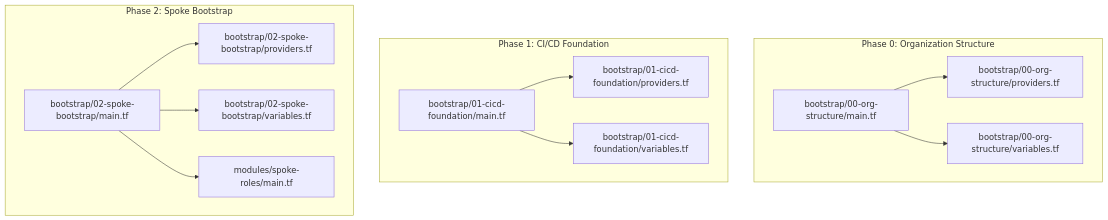
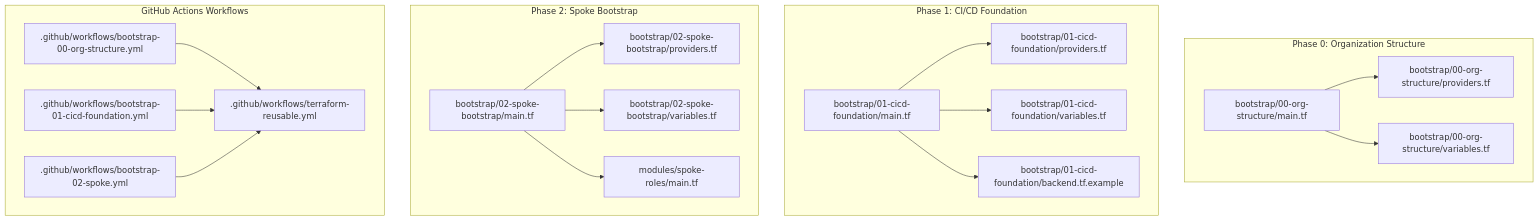
One commit to AlibabaCloudLandingZone/alibabacloud-landingzone-accelerator-github-demo changed the first of 5 diagrams in .qoder/repowiki/en/content/Bootstrap Infrastructure/Bootstrap Infrastructure.md. Above: the diagram before and after it, drawn with Mermaid. The commit also changed other lines of this file and 104 other files, not shown here.

````diff
--- a/.qoder/repowiki/en/content/Bootstrap Infrastructure/Bootstrap Infrastructure.md
+++ b/.qoder/repowiki/en/content/Bootstrap Infrastructure/Bootstrap Infrastructure.md
@@ -45,26 +54,37 @@
 ```mermaid
 graph TB
 subgraph "Phase 0: Organization Structure"
 P0Main["bootstrap/00-org-structure/main.tf"]
 P0Prov["bootstrap/00-org-structure/providers.tf"]
 P0Vars["bootstrap/00-org-structure/variables.tf"]
 end
 subgraph "Phase 1: CI/CD Foundation"
 P1Main["bootstrap/01-cicd-foundation/main.tf"]
 P1Prov["bootstrap/01-cicd-foundation/providers.tf"]
 P1Vars["bootstrap/01-cicd-foundation/variables.tf"]
+P1Backend["bootstrap/01-cicd-foundation/backend.tf.example"]
 end
 subgraph "Phase 2: Spoke Bootstrap"
 P2Main["bootstrap/02-spoke-bootstrap/main.tf"]
 P2Prov["bootstrap/02-spoke-bootstrap/providers.tf"]
 P2Vars["bootstrap/02-spoke-bootstrap/variables.tf"]
 Mod["modules/spoke-roles/main.tf"]
 end
+subgraph "GitHub Actions Workflows"
+WF0[".github/workflows/bootstrap-00-org-structure.yml"]
+WF1[".github/workflows/bootstrap-01-cicd-foundation.yml"]
+WF2[".github/workflows/bootstrap-02-spoke.yml"]
+WFR[".github/workflows/terraform-reusable.yml"]
+end
 P0Main --> P0Prov
 P0Main --> P0Vars
 P1Main --> P1Prov
 P1Main --> P1Vars
+P1Main --> P1Backend
 P2Main --> P2Prov
 P2Main --> P2Vars
 P2Main --> Mod
+WF0 --> WFR
+WF1 --> WFR
+WF2 --> WFR
 ```
````
